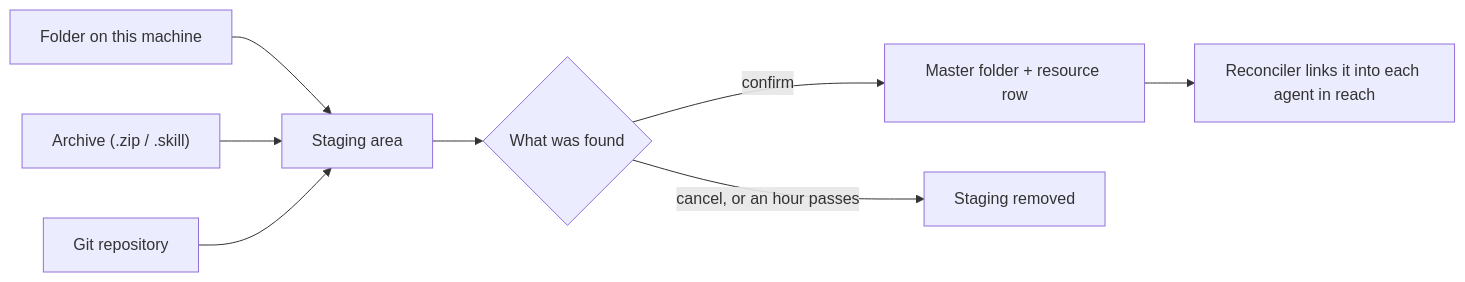
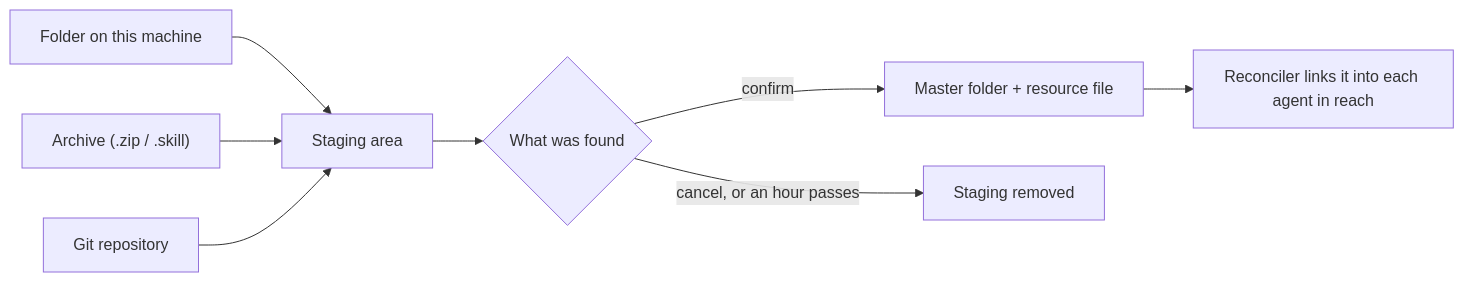
One commit to wyx-sg/Coffer changed the diagram in docs-site/architecture/skills.md. Above: the diagram before and after it, drawn with Mermaid. The commit also changed other lines of this file and 88 other files, not shown here.

````diff
--- a/docs-site/architecture/skills.md
+++ b/docs-site/architecture/skills.md
@@ -29,10 +35,10 @@
 ```mermaid
 flowchart LR
   F["Folder on this machine"] --> S["Staging area"]
   A["Archive (.zip / .skill)"] --> S
   G["Git repository"] --> S
   S --> L{"What was found"}
-  L -->|"confirm"| M["Master folder + resource row"]
+  L -->|"confirm"| M["Master folder + resource file"]
   L -->|"cancel, or an hour passes"| X["Staging removed"]
   M --> D["Reconciler links it into each agent in reach"]
 ```
````
